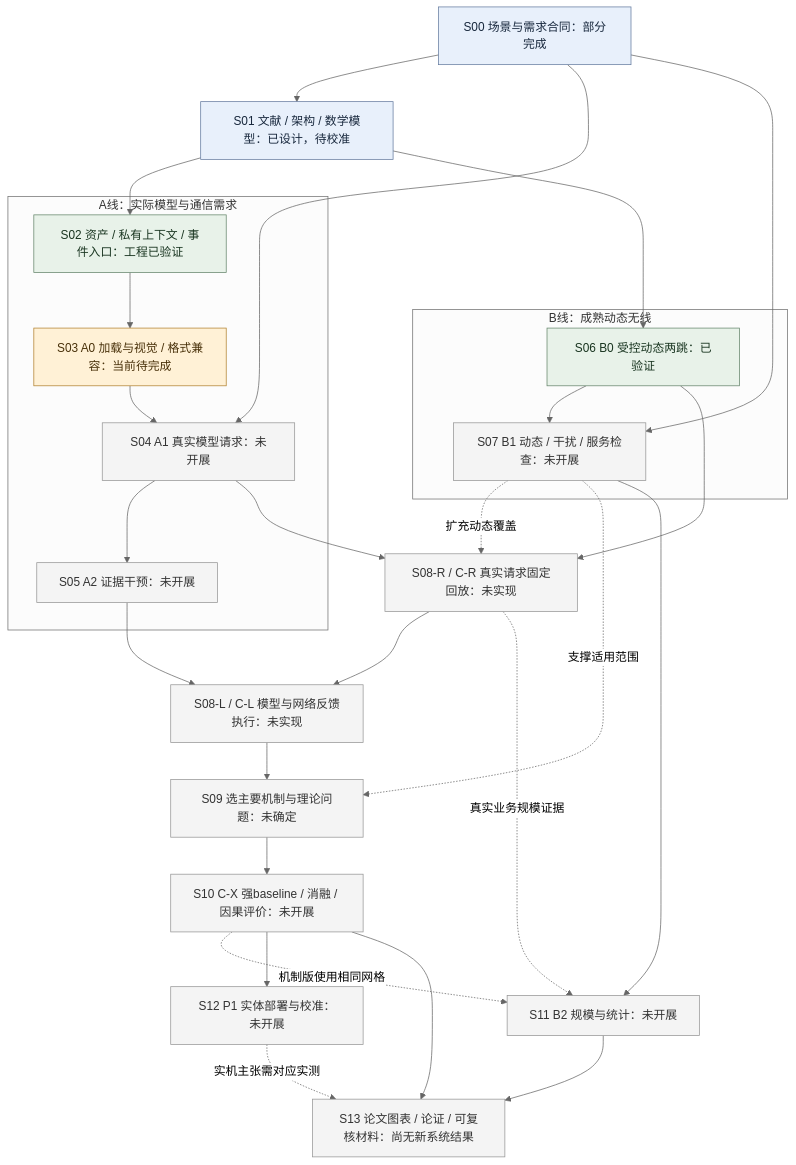
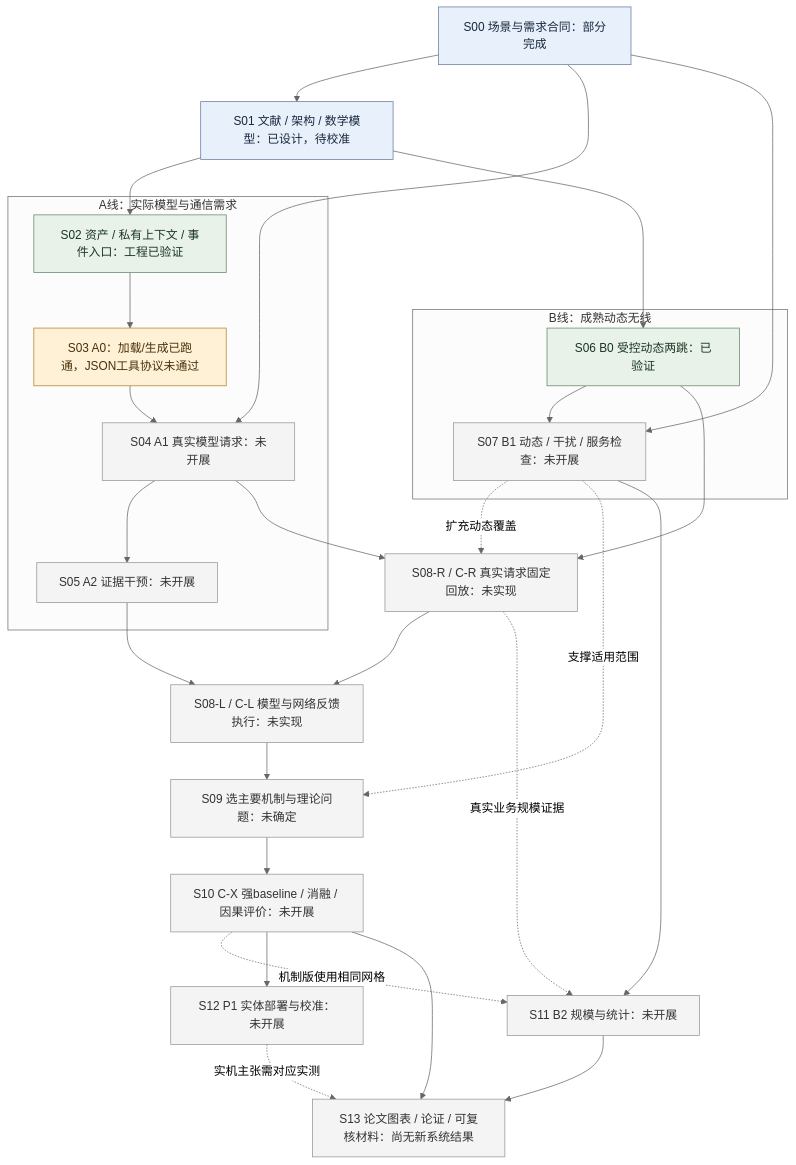
One commit to HangLee21/Agent-Native-Network changed the diagram in research/agent_native_network/EXPERIMENT_FRAMEWORK.md. Above: the diagram before and after it, drawn with Mermaid (neutral theme). The commit also changed other lines of this file and 578 other files, not shown here.

````diff
--- a/research/agent_native_network/EXPERIMENT_FRAMEWORK.md
+++ b/research/agent_native_network/EXPERIMENT_FRAMEWORK.md
@@ -24,39 +26,39 @@
 ```mermaid
 flowchart TD
     S00["S00 场景与需求合同：部分完成"] --> S01["S01 文献 / 架构 / 数学模型：已设计，待校准"]
     subgraph A["A线：实际模型与通信需求"]
-        S02["S02 资产 / 私有上下文 / 事件入口：工程已验证"] --> S03["S03 A0 加载与视觉 / 格式兼容：当前待完成"]
+        S02["S02 资产 / 私有上下文 / 事件入口：工程已验证"] --> S03["S03 A0：加载/生成已跑通，JSON工具协议未通过"]
         S03 --> S04["S04 A1 真实模型请求：未开展"]
         S04 --> S05["S05 A2 证据干预：未开展"]
     end
     subgraph B["B线：成熟动态无线"]
         S06["S06 B0 受控动态两跳：已验证"] --> S07["S07 B1 动态 / 干扰 / 服务检查：未开展"]
     end
     S01 --> S02
     S01 --> S06
     S00 --> S04
     S00 --> S07
     S04 --> S08R["S08-R / C-R 真实请求固定回放：未实现"]
     S06 --> S08R
     S07 -. 扩充动态覆盖 .-> S08R
     S08R --> S08L["S08-L / C-L 模型与网络反馈执行：未实现"]
     S05 --> S08L
     S08L --> S09["S09 选主要机制与理论问题：未确定"]
     S07 -. 支撑适用范围 .-> S09
     S09 --> S10["S10 C-X 强baseline / 消融 / 因果评价：未开展"]
     S07 --> S11["S11 B2 规模与统计：未开展"]
     S08R -. 真实业务规模证据 .-> S11
     S10 -. 机制版使用相同网格 .-> S11
     S10 --> S12["S12 P1 实体部署与校准：未开展"]
     S10 --> S13["S13 论文图表 / 论证 / 可复核材料：尚无新系统结果"]
     S11 --> S13
     S12 -. 实机主张需对应实测 .-> S13
     classDef designed fill:#e8f0fb,stroke:#647b9f,color:#18283d
     classDef verified fill:#e8f2e9,stroke:#65856b,color:#193520
     classDef current fill:#fff1d6,stroke:#b1812f,color:#49310a
     classDef planned fill:#f4f4f4,stroke:#969696,color:#333333
     class S00,S01 designed
     class S02,S06 verified
     class S03 current
     class S04,S05,S07,S08R,S08L,S09,S10,S11,S12,S13 planned
 ```
````
